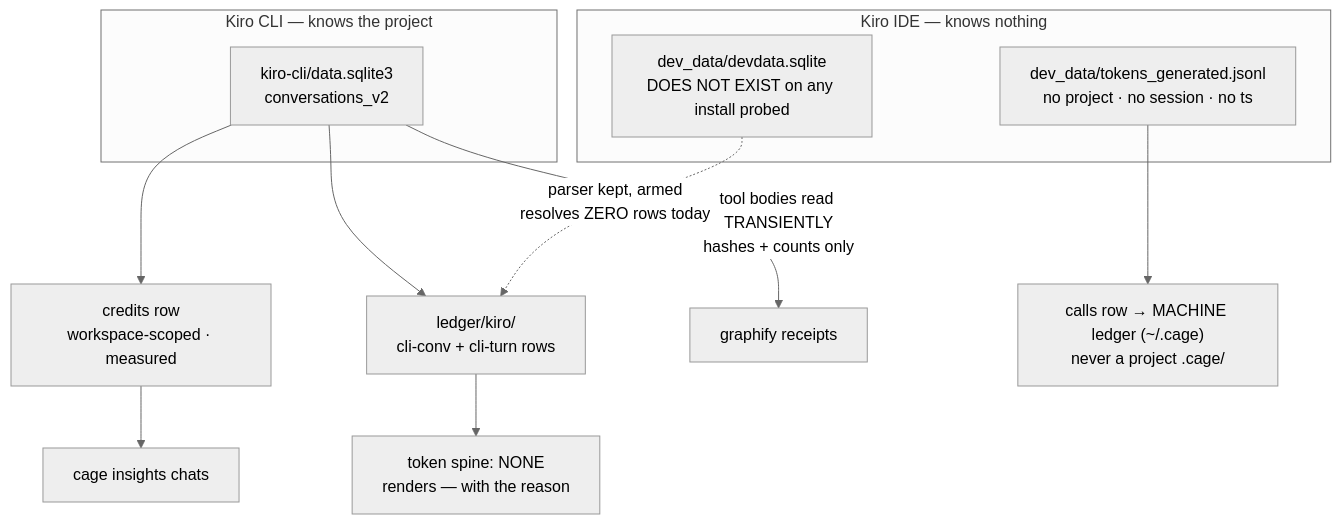
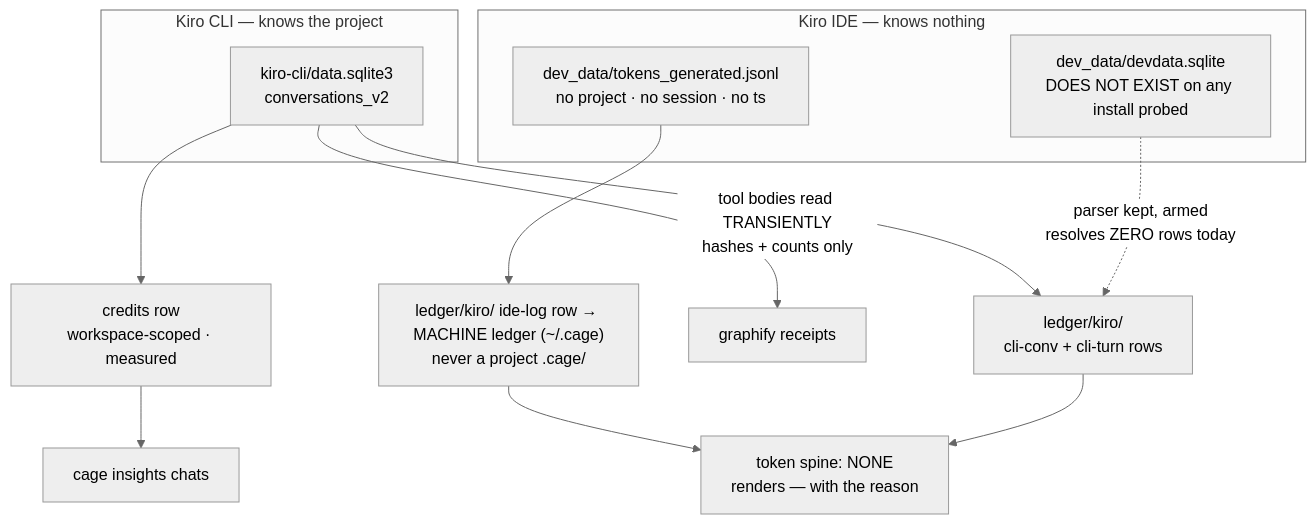
The diagram in docs/adr/0005_kiro.md (arpitarya/cage), drawn with Mermaid (neutral theme) before and after one commit. The commit also changed other lines of this file and 89 other files, not shown here.

First line of the commit message:
P8: retire kiro's calls leg too, and drop PLAN.md for the ADR set

````diff
--- a/docs/adr/0005_kiro.md
+++ b/docs/adr/0005_kiro.md
@@ -47,17 +47,18 @@
 ```mermaid
 flowchart TD
     subgraph cli["Kiro CLI — knows the project"]
         DB["kiro-cli/data.sqlite3<br/>conversations_v2"]
     end
     subgraph ide["Kiro IDE — knows nothing"]
         JL["dev_data/tokens_generated.jsonl<br/>no project · no session · no ts"]
         MISS["dev_data/devdata.sqlite<br/>DOES NOT EXIST on any install probed"]
     end
     DB --> CR["credits row<br/>workspace-scoped · measured"]
     DB --> KM["ledger/kiro/<br/>cli-conv + cli-turn rows"]
     DB -->|"tool bodies read TRANSIENTLY<br/>hashes + counts only"| GF["graphify receipts"]
-    JL --> MC["calls row → MACHINE ledger (~/.cage)<br/>never a project .cage/"]
+    JL --> MC["ledger/kiro/ ide-log row → MACHINE ledger (~/.cage)<br/>never a project .cage/"]
     MISS -.->|"parser kept, armed<br/>resolves ZERO rows today"| KM
+    MC --> NS
     KM --> NS["token spine: NONE<br/>renders — with the reason"]
     CR --> V["cage insights chats"]
 ```
````
